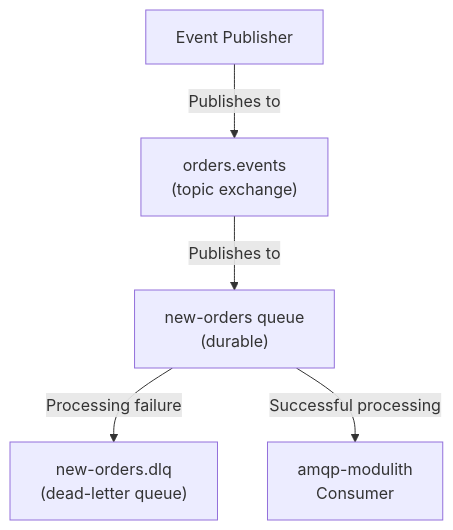
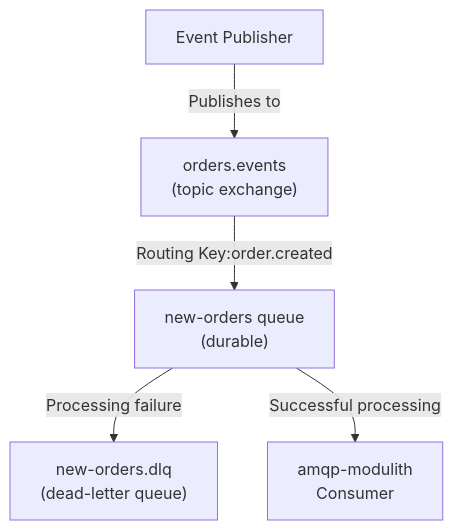
Before and after one commit to philipz/spring-modular-monolith: the second of 4 diagrams in docs/deepwiki/Messaging-with-RabbitMQ.md, drawn with Mermaid. The commit also changed other lines of this file and 32 other files, not shown here.

````diff
--- a/docs/deepwiki/Messaging-with-RabbitMQ.md
+++ b/docs/deepwiki/Messaging-with-RabbitMQ.md
@@ -148,14 +148,14 @@
 ```mermaid
 flowchart TD
 
 Publisher["Event Publisher"]
 Exchange["orders.events<br>(topic exchange)"]
 MainQueue["new-orders queue<br>(durable)"]
 DLQ["new-orders.dlq<br>(dead-letter queue)"]
 Consumer["amqp-modulith<br>Consumer"]
 
 Publisher -->|"Publishes to"| Exchange
-Exchange -->|"Publishes to"| MainQueue
+Exchange -->|"Routing Key:order.created"| MainQueue
 MainQueue -->|"Processing failure"| DLQ
 MainQueue -->|"Successful processing"| Consumer
 ```
````
